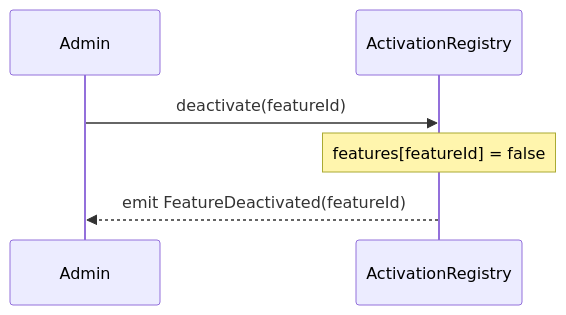
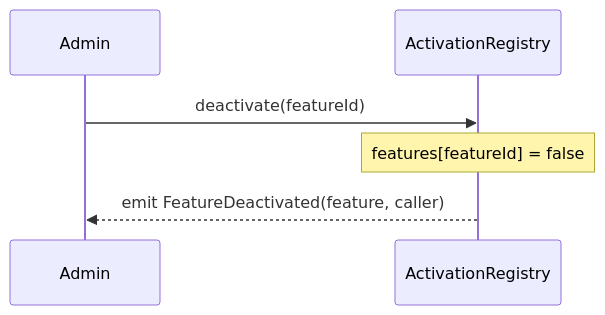
Before and after one commit to base/base-std: the second of 2 diagrams in docs/ActivationRegistry/README.md, drawn with Mermaid. The commit also changed other lines of this file and 4 other files, not shown here.

````diff
--- a/docs/ActivationRegistry/README.md
+++ b/docs/ActivationRegistry/README.md
@@ -40,9 +39,9 @@
 ```mermaid
 sequenceDiagram
     participant Admin
     participant ActivationRegistry
 
     Admin->>ActivationRegistry: deactivate(featureId)
     Note over ActivationRegistry: features[featureId] = false
-    ActivationRegistry-->>Admin: emit FeatureDeactivated(featureId)
+    ActivationRegistry-->>Admin: emit FeatureDeactivated(feature, caller)
 ```
````
